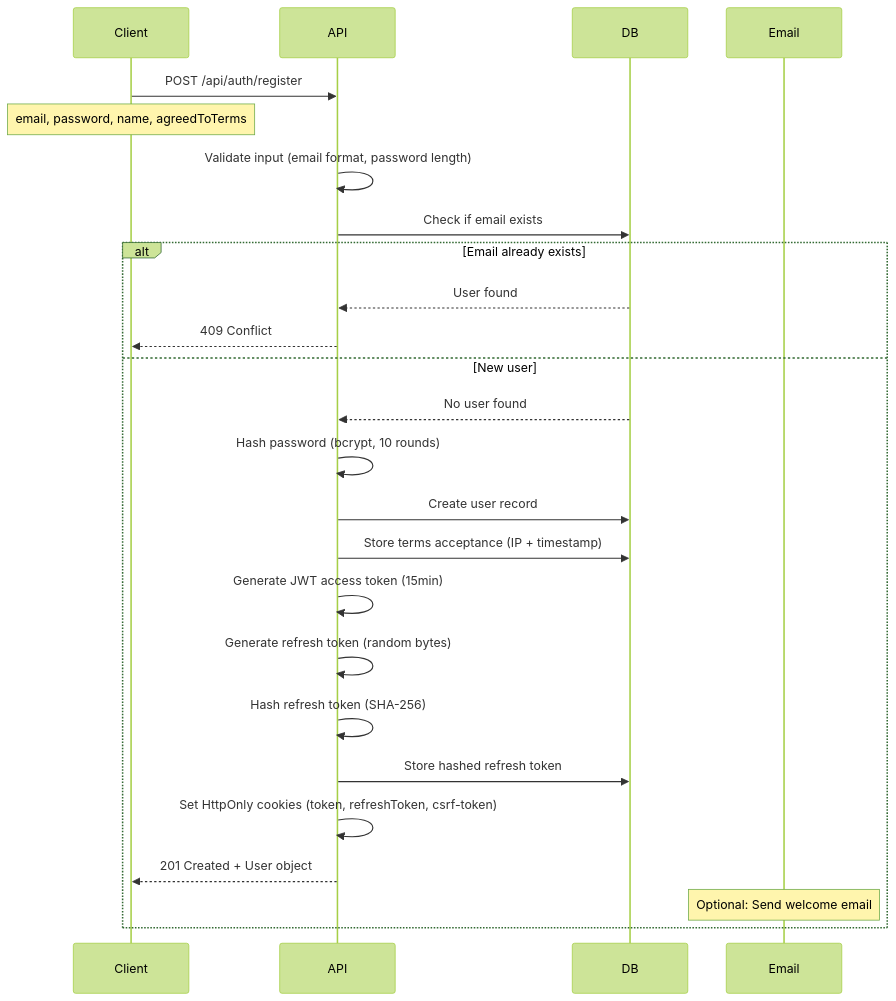
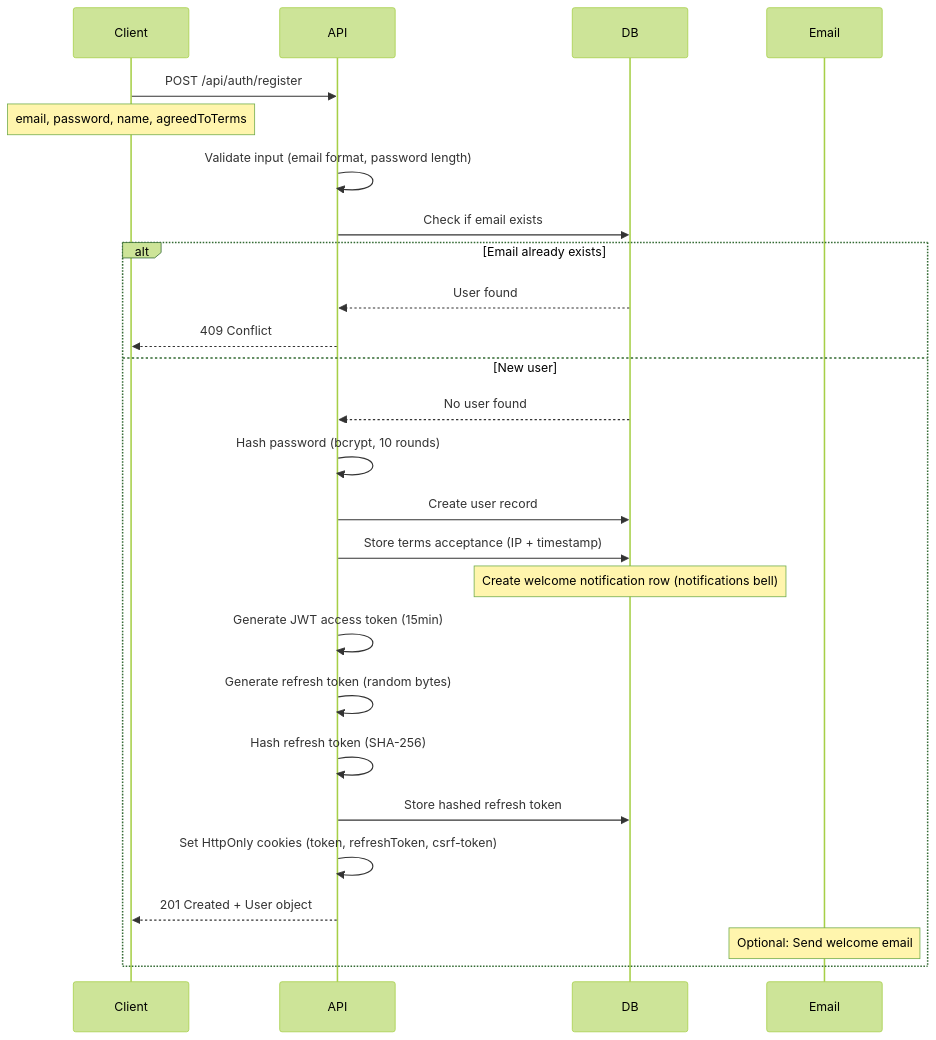
Before and after one commit to APerlinx/svg-saas-server: the first of 7 diagrams in docs/AUTHENTICATION.md, drawn with Mermaid (forest theme). The commit also changed 15 other files, not shown here.

First line of the commit message:
Notifications bell v1 (#27)

````diff
--- a/docs/AUTHENTICATION.md
+++ b/docs/AUTHENTICATION.md
@@ -45,33 +45,35 @@
 ```mermaid
 sequenceDiagram
     participant Client
     participant API
     participant DB
     participant Email
 
     Client->>API: POST /api/auth/register
     Note over Client: email, password, name, agreedToTerms
 
     API->>API: Validate input (email format, password length)
     API->>DB: Check if email exists
 
     alt Email already exists
         DB-->>API: User found
         API-->>Client: 409 Conflict
     else New user
         DB-->>API: No user found
         API->>API: Hash password (bcrypt, 10 rounds)
         API->>DB: Create user record
         API->>DB: Store terms acceptance (IP + timestamp)
 
+      Note over DB: Create welcome notification row (notifications bell)
+
         API->>API: Generate JWT access token (15min)
         API->>API: Generate refresh token (random bytes)
         API->>API: Hash refresh token (SHA-256)
         API->>DB: Store hashed refresh token
 
         API->>API: Set HttpOnly cookies (token, refreshToken, csrf-token)
         API-->>Client: 201 Created + User object
 
         Note over Email: Optional: Send welcome email
     end
 ```
````
